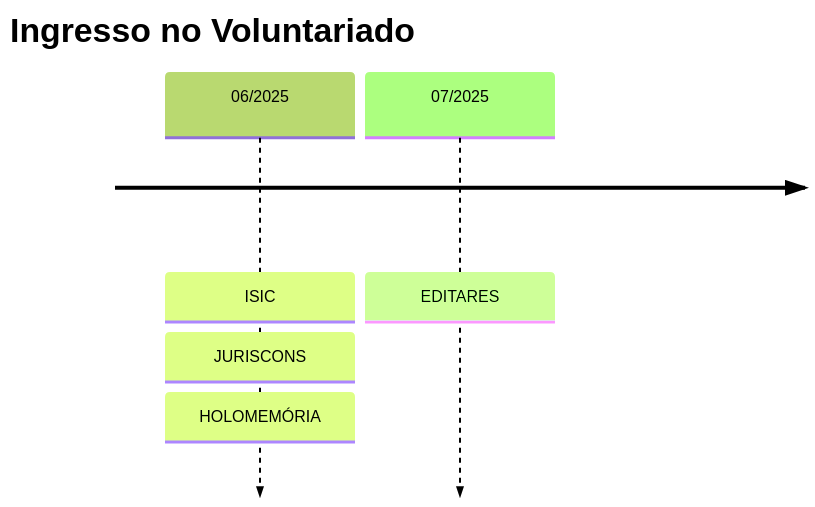
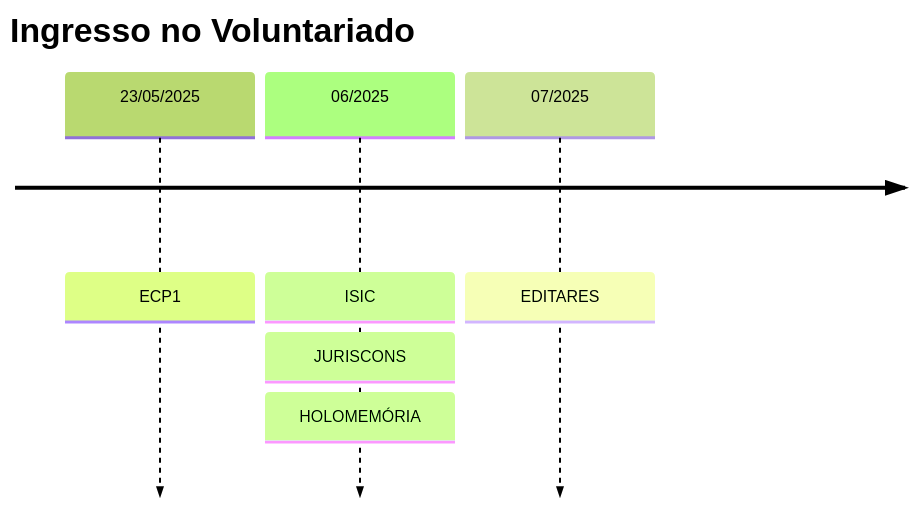
Before and after one commit to edusantana/autopesquisa-voluntariado-relatorio-2025: the second of 3 diagrams in index.qmd, drawn with Mermaid (forest theme). The commit also changed other lines of this file and 5 other files, not shown here.

````diff
--- a/index.qmd
+++ b/index.qmd
@@ -965,8 +1059,9 @@
 ```{mermaid}
 timeline
     title Ingresso no Voluntariado
+    23/05/2025 : ECP1
     06/2025 : ISIC
             : JURISCONS
             : HOLOMEMÓRIA
     07/2025 : EDITARES
 ```
````
